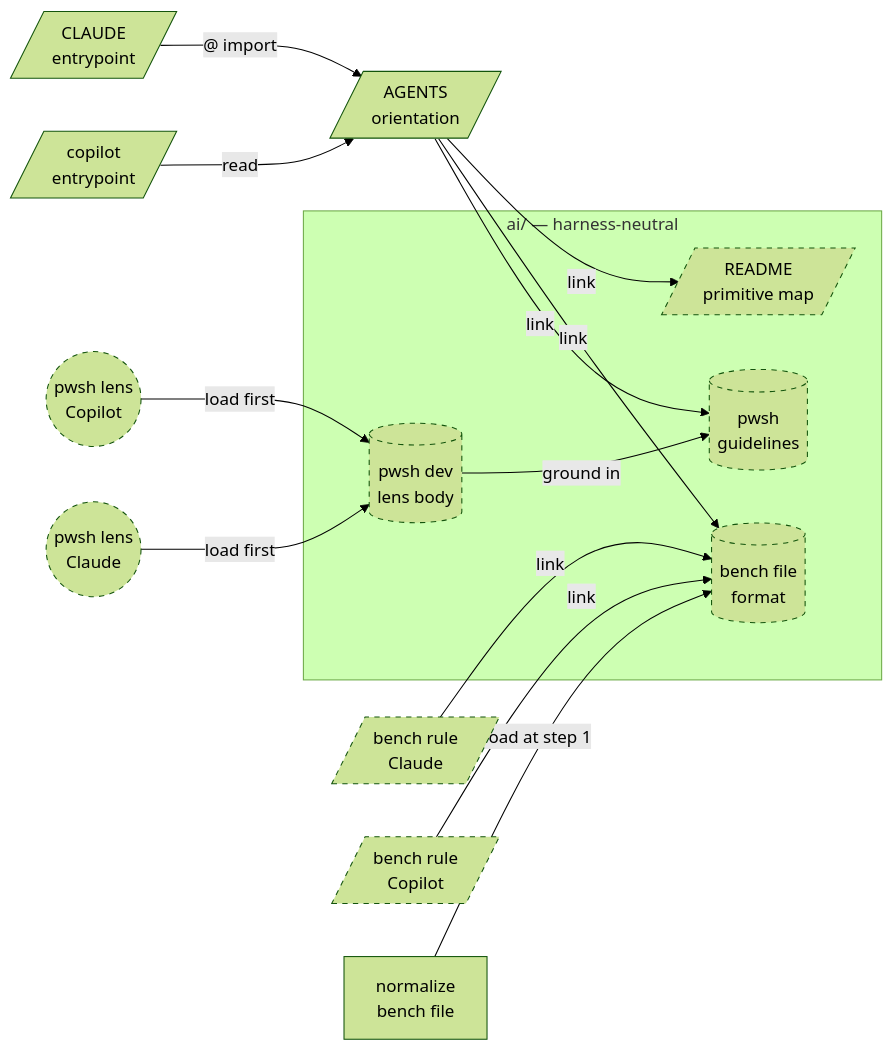
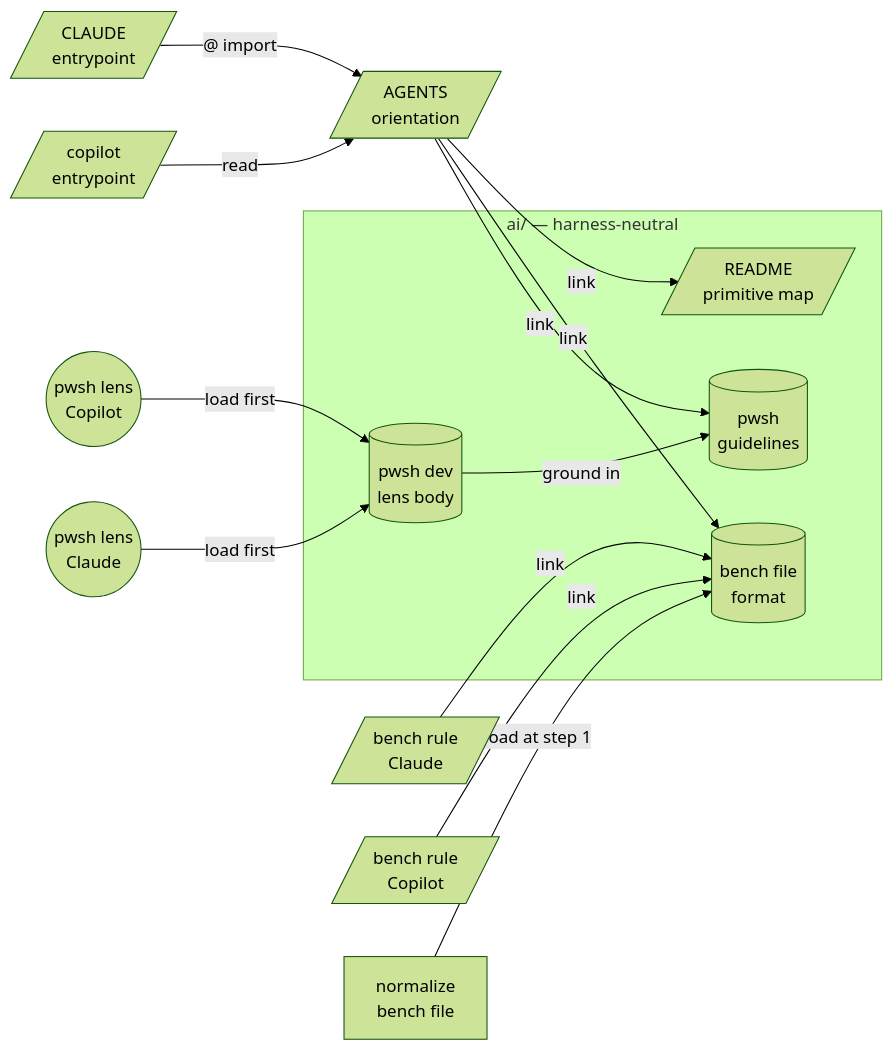
Before and after one commit to bryanknox/k0x-workbench: the diagram in ai/agent-primitives-design.md, drawn with Mermaid (forest theme). The commit also changed other lines of this file and 1 other file, not shown here.

````diff
--- a/ai/agent-primitives-design.md
+++ b/ai/agent-primitives-design.md
@@ -465,33 +56,30 @@
 ```mermaid
 flowchart LR
     subgraph AI["ai/ — harness-neutral"]
         RM[/README<br/>primitive map/]
         BF[(bench file<br/>format)]
         LN[(pwsh dev<br/>lens body)]
         GD[(pwsh<br/>guidelines)]
     end
 
     AG[/AGENTS<br/>orientation/]
     CM[/CLAUDE<br/>entrypoint/]
     CI[/copilot<br/>entrypoint/]
     BR[/bench rule<br/>Claude/]
     BC[/bench rule<br/>Copilot/]
     NS[normalize<br/>bench file]
     PC((pwsh lens<br/>Copilot))
     PK((pwsh lens<br/>Claude))
 
     CM -- "@ import" --> AG
     CI -- read --> AG
     AG -- link --> RM
     AG -- link --> BF
     AG -- link --> GD
     BR -- link --> BF
     BC -- link --> BF
     NS -- "load at step 1" --> BF
     PC -- "load first" --> LN
     PK -- "load first" --> LN
     LN -- "ground in" --> GD
-
-    classDef moved stroke-dasharray: 5 5;
-    class BF,LN,GD,RM,BR,BC,PC,PK moved;
 ```
````
